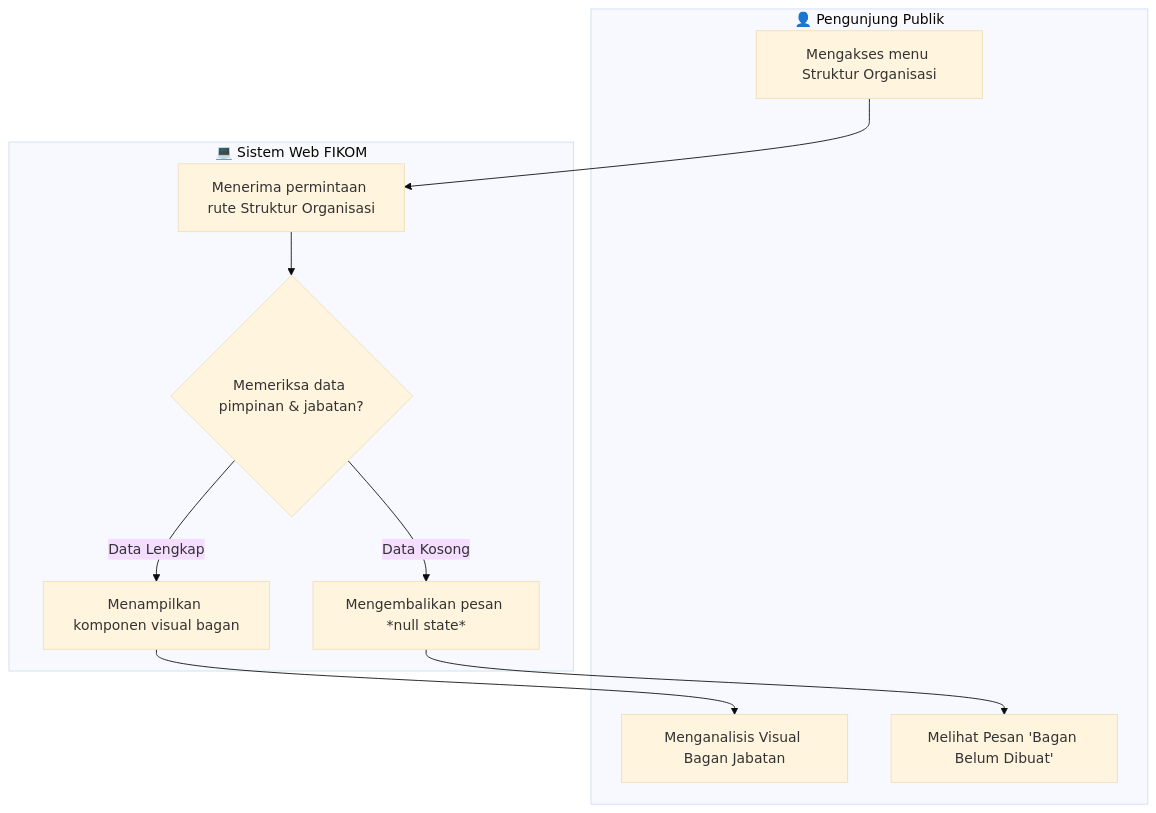
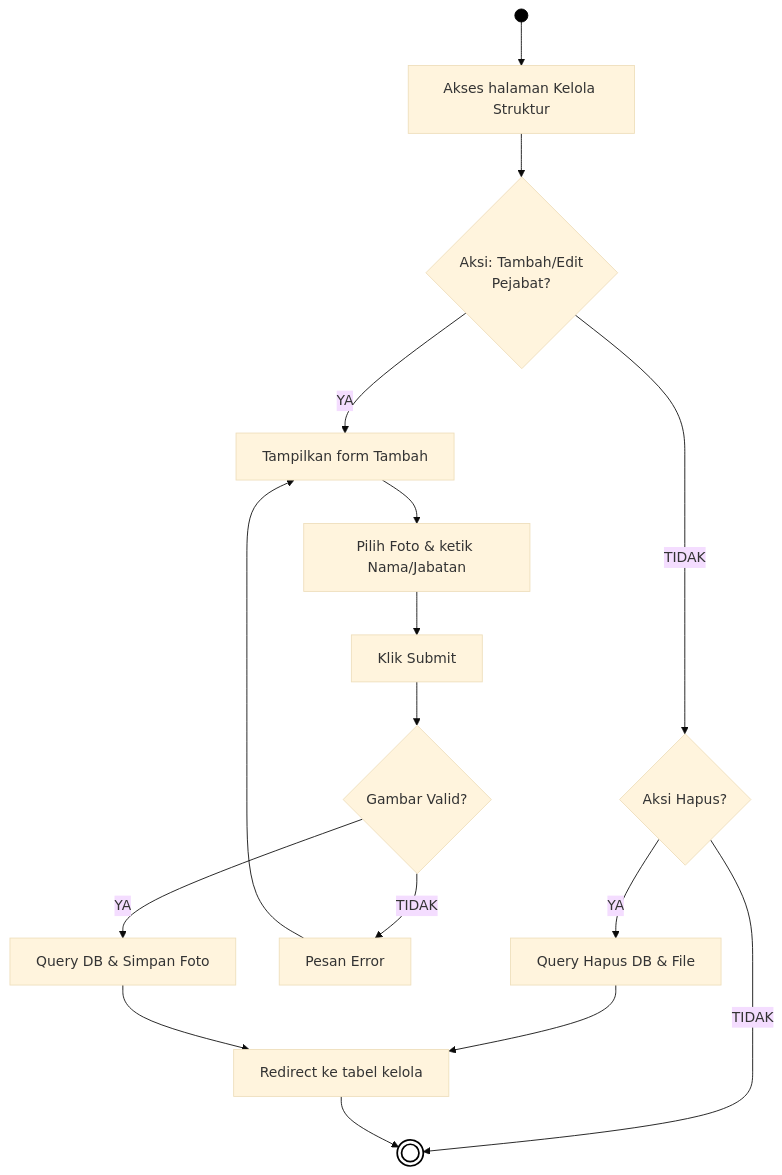
The third of 5 diagrams in docs/01_DIAGRAM_AKTIVITAS.md (arbain-dev/Web_fikom), drawn with Mermaid (base theme) before and after one commit. The commit also changed other lines of this file, not shown here.

Commit message:
docs: merombak ulang 01_DIAGRAM_AKTIVITAS.md mengikuti format diagram konvensional tanpa swimlane sisi admin

````diff
--- a/docs/01_DIAGRAM_AKTIVITAS.md
+++ b/docs/01_DIAGRAM_AKTIVITAS.md
@@ -49,22 +82,26 @@
 ```mermaid
 flowchart TD
-    subgraph Pengunjung[👤 Pengunjung Publik]
-        A[Mengakses menu Struktur Organisasi]
-        E[Menganalisis Visual Bagan Jabatan]
-        F[Melihat Pesan 'Bagan Belum Dibuat']
-    end
+    Start(( )) --> A[Akses halaman Kelola Struktur]
     
-    subgraph Sistem[💻 Sistem Web FIKOM]
-        B[Menerima permintaan rute Struktur Organisasi]
-        C{Memeriksa data pimpinan & jabatan?}
-        D[Menampilkan komponen visual bagan]
-        G[Mengembalikan pesan *null state*]
-    end
-
-    A --> B
-    B --> C
-    C -- Data Lengkap --> D
-    D --> E
-    C -- Data Kosong --> G
-    G --> F
+    A --> B{Aksi: Tambah/Edit\nPejabat?}
+    
+    B -- TIDAK --> Hapus{Aksi Hapus?}
+    Hapus -- YA --> HC[Query Hapus DB & File]
+    Hapus -- TIDAK --> End((( )))
+    HC --> I[Redirect ke tabel kelola]
+    
+    B -- YA --> C[Tampilkan form Tambah]
+    C --> D[Pilih Foto & ketik Nama/Jabatan]
+    D --> E[Klik Submit]
+    E --> F{Gambar Valid?}
+    
+    F -- TIDAK --> G[Pesan Error]
+    G --> C
+    
+    F -- YA --> H[Query DB & Simpan Foto]
+    H --> I
+    I --> End
+    
+    style Start fill:#000,stroke:#000,color:#000
+    style End fill:#fff,stroke:#000,stroke-width:2px
 ```
````
